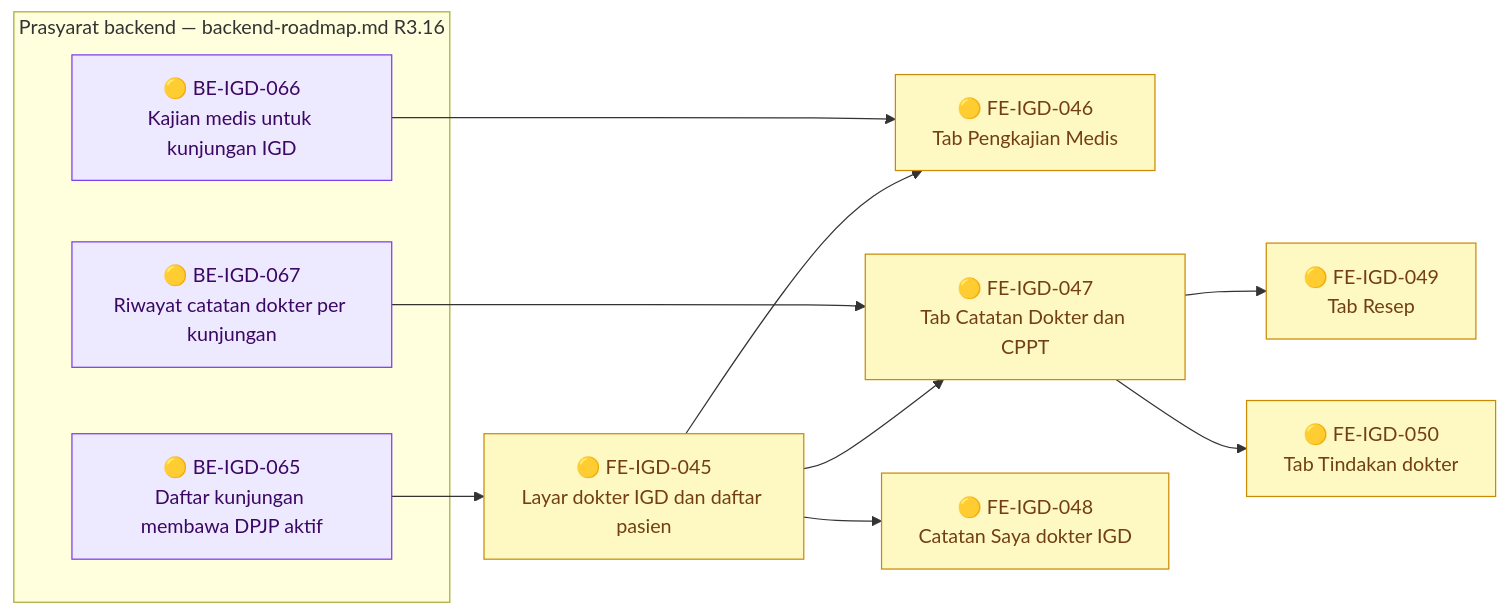
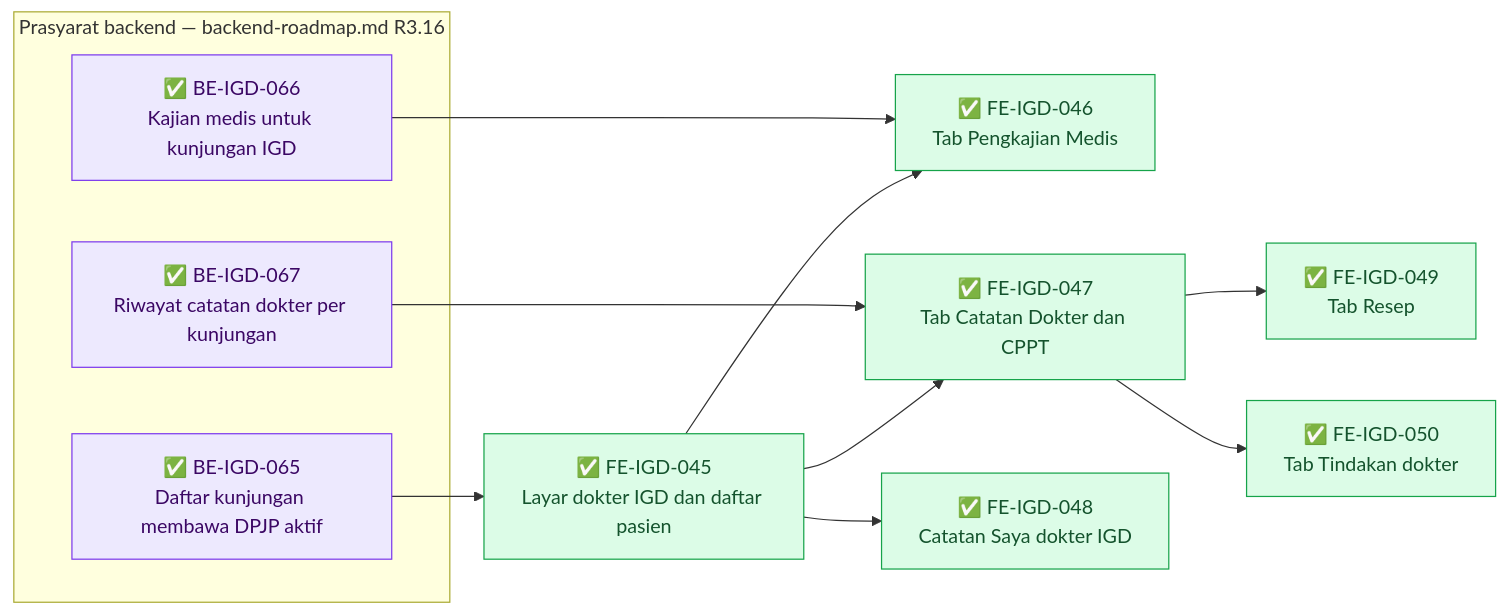
One commit to DevBenari/NewQuilvianSystemBackend changed diagram 16 of 19 in docs/module-blueprints/igd/roadmap/frontend-roadmap.md. Above: the diagram before and after it, drawn with Mermaid. The commit also changed other lines of this file and 10 other files, not shown here.

````diff
--- a/docs/module-blueprints/igd/roadmap/frontend-roadmap.md
+++ b/docs/module-blueprints/igd/roadmap/frontend-roadmap.md
@@ -2121,30 +2121,30 @@
 ```mermaid
 flowchart LR
     classDef selesai fill:#DCFCE7,stroke:#16A34A,color:#14532D
     classDef sebagian fill:#FEF9C3,stroke:#CA8A04,color:#713F12
     classDef terblokir fill:#FEE2E2,stroke:#DC2626,color:#7F1D1D
     classDef belum fill:#F1F5F9,stroke:#64748B,color:#0F172A
     classDef luar fill:#EDE9FE,stroke:#7C3AED,color:#3B0764
 
     subgraph backend1402["Prasyarat backend — backend-roadmap.md R3.16"]
-        BEIGD065D["🟡 BE-IGD-065<br/>Daftar kunjungan membawa DPJP aktif"]:::luar
-        BEIGD066D["🟡 BE-IGD-066<br/>Kajian medis untuk kunjungan IGD"]:::luar
-        BEIGD067D["🟡 BE-IGD-067<br/>Riwayat catatan dokter per kunjungan"]:::luar
+        BEIGD065D["✅ BE-IGD-065<br/>Daftar kunjungan membawa DPJP aktif"]:::luar
+        BEIGD066D["✅ BE-IGD-066<br/>Kajian medis untuk kunjungan IGD"]:::luar
+        BEIGD067D["✅ BE-IGD-067<br/>Riwayat catatan dokter per kunjungan"]:::luar
     end
 
-    FEIGD045["🟡 FE-IGD-045<br/>Layar dokter IGD dan daftar pasien"]:::sebagian
-    FEIGD046["🟡 FE-IGD-046<br/>Tab Pengkajian Medis"]:::sebagian
-    FEIGD047["🟡 FE-IGD-047<br/>Tab Catatan Dokter dan CPPT"]:::sebagian
-    FEIGD048["🟡 FE-IGD-048<br/>Catatan Saya dokter IGD"]:::sebagian
-    FEIGD049["🟡 FE-IGD-049<br/>Tab Resep"]:::sebagian
-    FEIGD050["🟡 FE-IGD-050<br/>Tab Tindakan dokter"]:::sebagian
+    FEIGD045["✅ FE-IGD-045<br/>Layar dokter IGD dan daftar pasien"]:::selesai
+    FEIGD046["✅ FE-IGD-046<br/>Tab Pengkajian Medis"]:::selesai
+    FEIGD047["✅ FE-IGD-047<br/>Tab Catatan Dokter dan CPPT"]:::selesai
+    FEIGD048["✅ FE-IGD-048<br/>Catatan Saya dokter IGD"]:::selesai
+    FEIGD049["✅ FE-IGD-049<br/>Tab Resep"]:::selesai
+    FEIGD050["✅ FE-IGD-050<br/>Tab Tindakan dokter"]:::selesai
 
     BEIGD065D --> FEIGD045
     FEIGD045 --> FEIGD046
     BEIGD066D --> FEIGD046
     FEIGD045 --> FEIGD047
     BEIGD067D --> FEIGD047
     FEIGD045 --> FEIGD048
     FEIGD047 --> FEIGD049
     FEIGD047 --> FEIGD050
 ```
````
